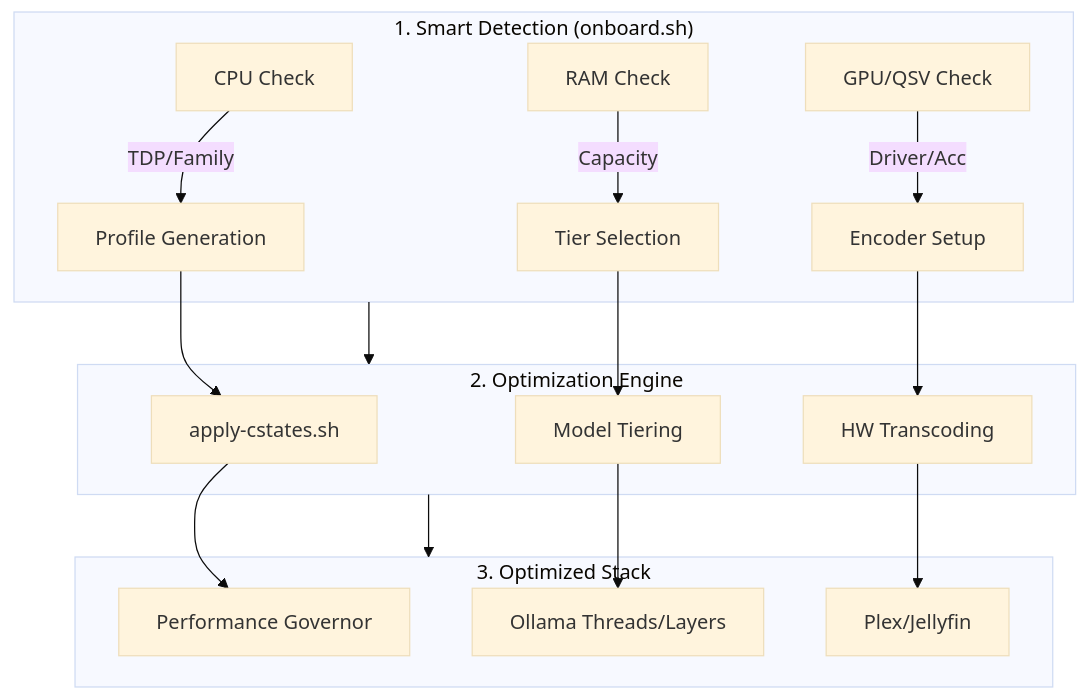
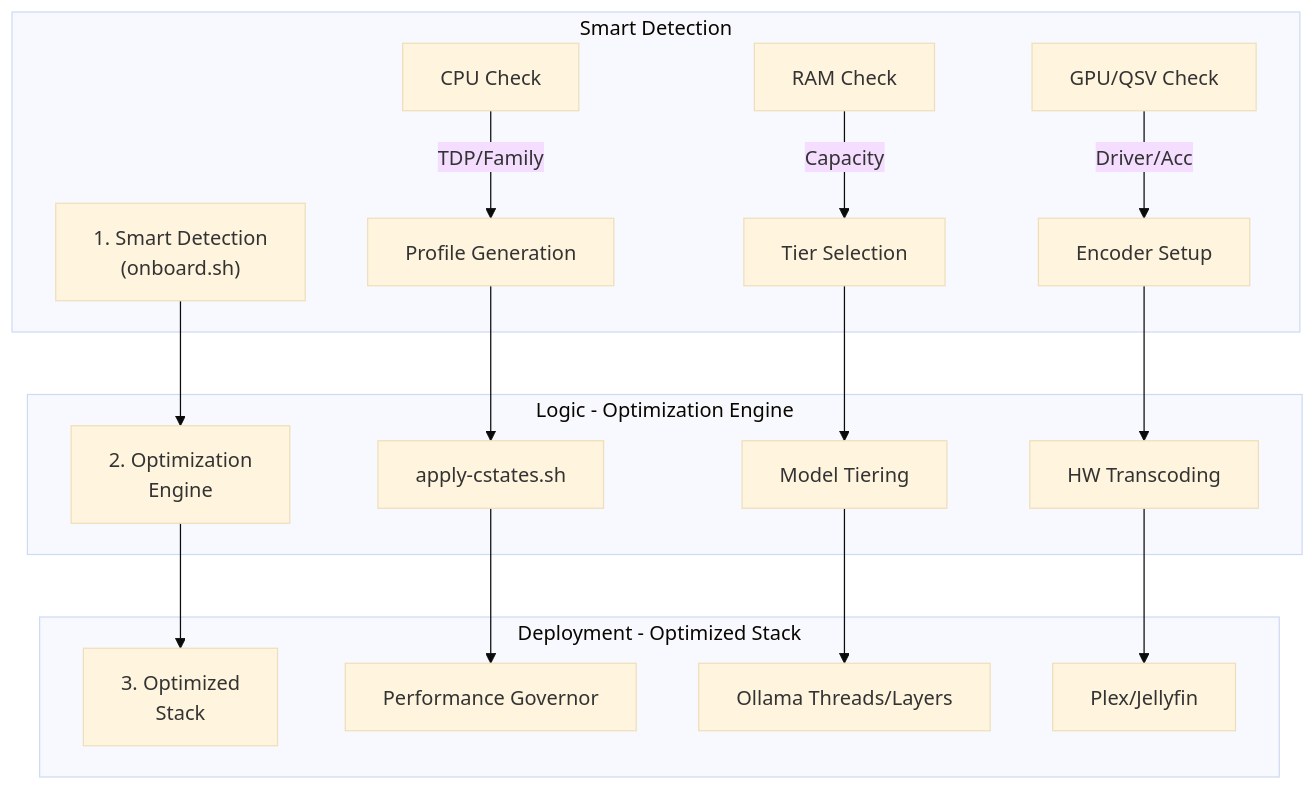
Before and after one commit to oweibor/homelab: the first of 4 diagrams in README.md, drawn with Mermaid (base theme). The commit also changed other lines of this file and 1 other file, not shown here.

Commit message:
Fix Mermaid diagram syntax errors and update markdownlint config

````diff
--- a/README.md
+++ b/README.md
@@ -250,26 +250,28 @@
 ```mermaid
 graph TD
-    subgraph Detection ["1. Smart Detection (onboard.sh)"]
+    subgraph Smart Detection
+        D1["1. Smart Detection<br/>(onboard.sh)"]
         H1["CPU Check"]
         H2["RAM Check"]
         H3["GPU/QSV Check"]
         H1 -->|TDP/Family| P[Profile Generation]
         H2 -->|Capacity| T[Tier Selection]
         H3 -->|Driver/Acc| G[Encoder Setup]
     end
 
-    subgraph Logic ["2. Optimization Engine"]
+    subgraph Logic - Optimization Engine
+        D2["2. Optimization<br/>Engine"]
         P --> Opt[apply-cstates.sh]
         T --> MT[Model Tiering]
         G --> Trans[HW Transcoding]
     end
 
-    subgraph Deployment ["3. Optimized Stack"]
+    subgraph Deployment - Optimized Stack
+        D3["3. Optimized<br/>Stack"]
         Opt --> Perf["Performance Governor"]
         MT --> O["Ollama Threads/Layers"]
         Trans --> MS["Plex/Jellyfin"]
     end
 
-    Detection --> Logic
-    Logic --> Deployment
+    D1 --> D2 --> D3
 ```
````
